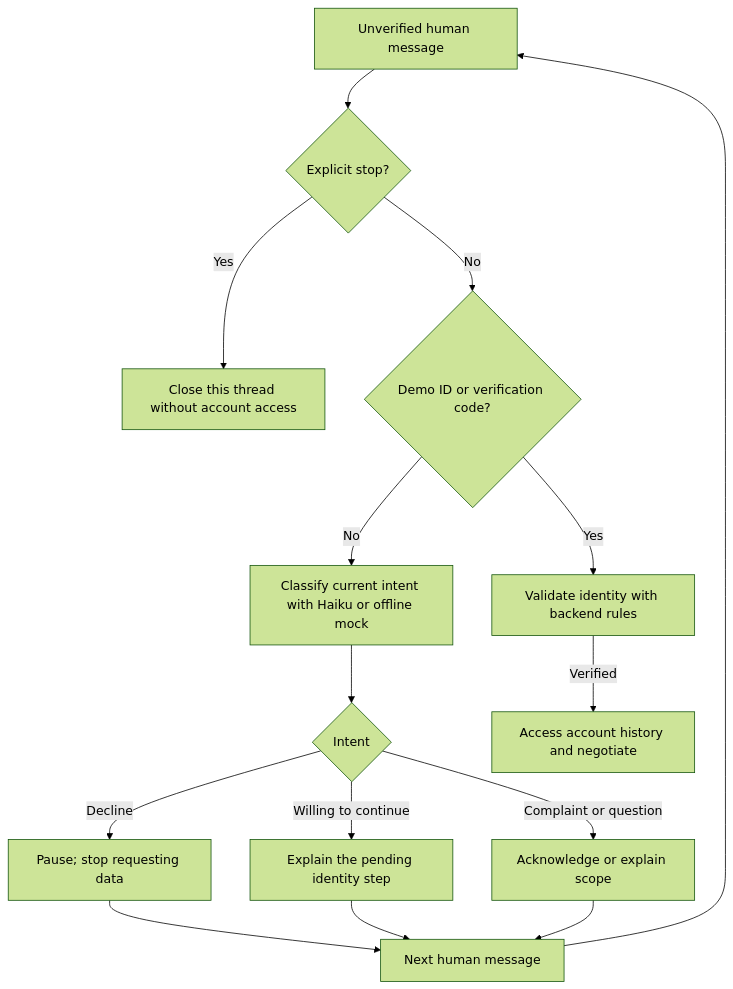
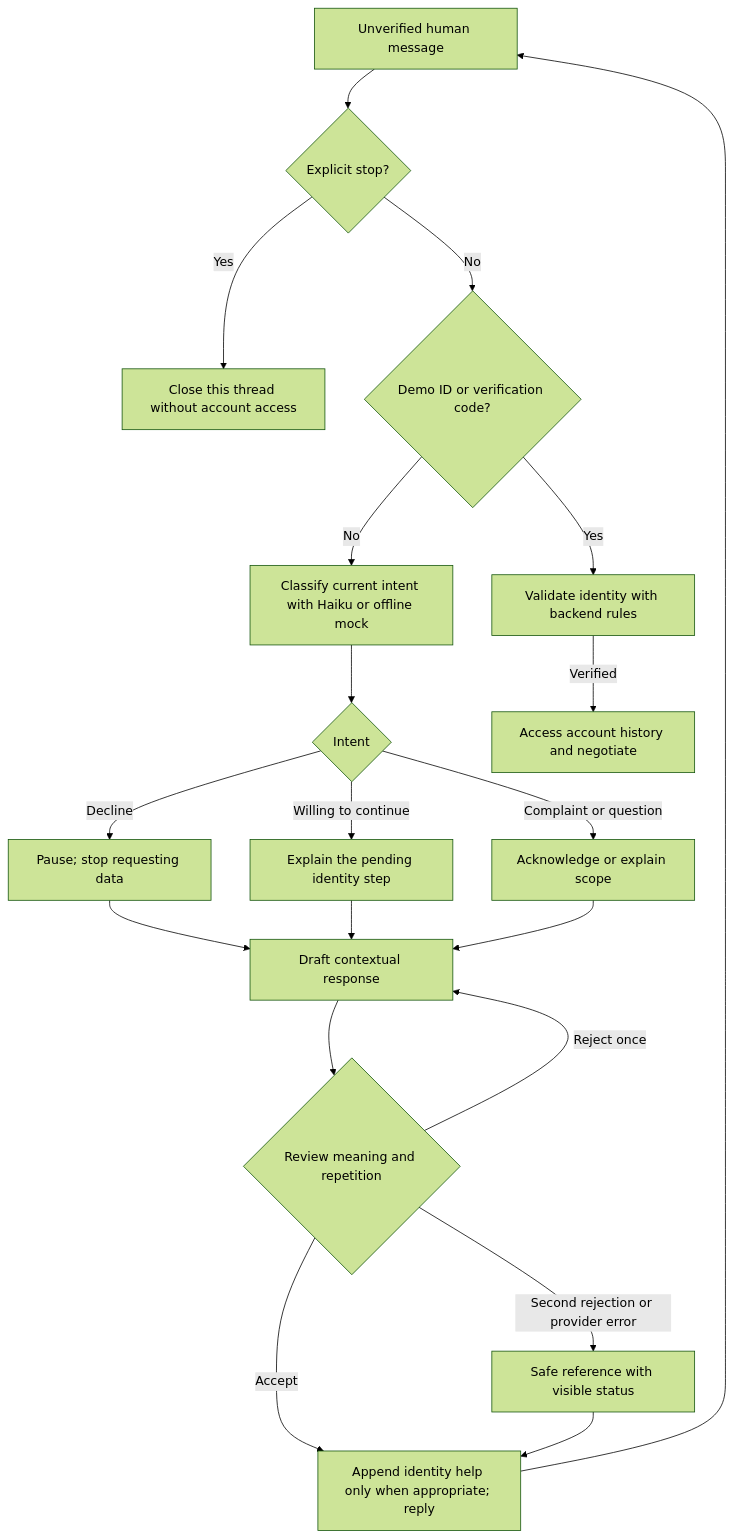
The fourth of 4 diagrams in docs/NEGOTIATION.md (sergiomorapardo/AgenticDebtCollection), drawn with Mermaid (forest theme) before and after one commit. The commit also changed other lines of this file and 1 other file, not shown here.

Commit message:
docs: describe contextual onboarding and fallback behavior

````diff
--- a/docs/NEGOTIATION.md
+++ b/docs/NEGOTIATION.md
@@ -116,17 +116,22 @@
 ```mermaid
 flowchart TD
     U[Unverified human message] --> S{Explicit stop?}
     S -->|Yes| E[Close this thread without account access]
     S -->|No| I{Demo ID or verification code?}
     I -->|Yes| V[Validate identity with backend rules]
     I -->|No| C[Classify current intent with Haiku or offline mock]
     C --> D{Intent}
     D -->|Decline| P[Pause; stop requesting data]
     D -->|Willing to continue| R[Explain the pending identity step]
     D -->|Complaint or question| A[Acknowledge or explain scope]
-    P --> N[Next human message]
-    R --> N
-    A --> N
+    P --> W[Draft contextual response]
+    R --> W
+    A --> W
+    W --> Q{Review meaning and repetition}
+    Q -->|Accept| N[Append identity help only when appropriate; reply]
+    Q -->|Reject once| W
+    Q -->|Second rejection or provider error| F[Safe reference with visible status]
+    F --> N
     N --> U
     V -->|Verified| H[Access account history and negotiate]
 ```
````
